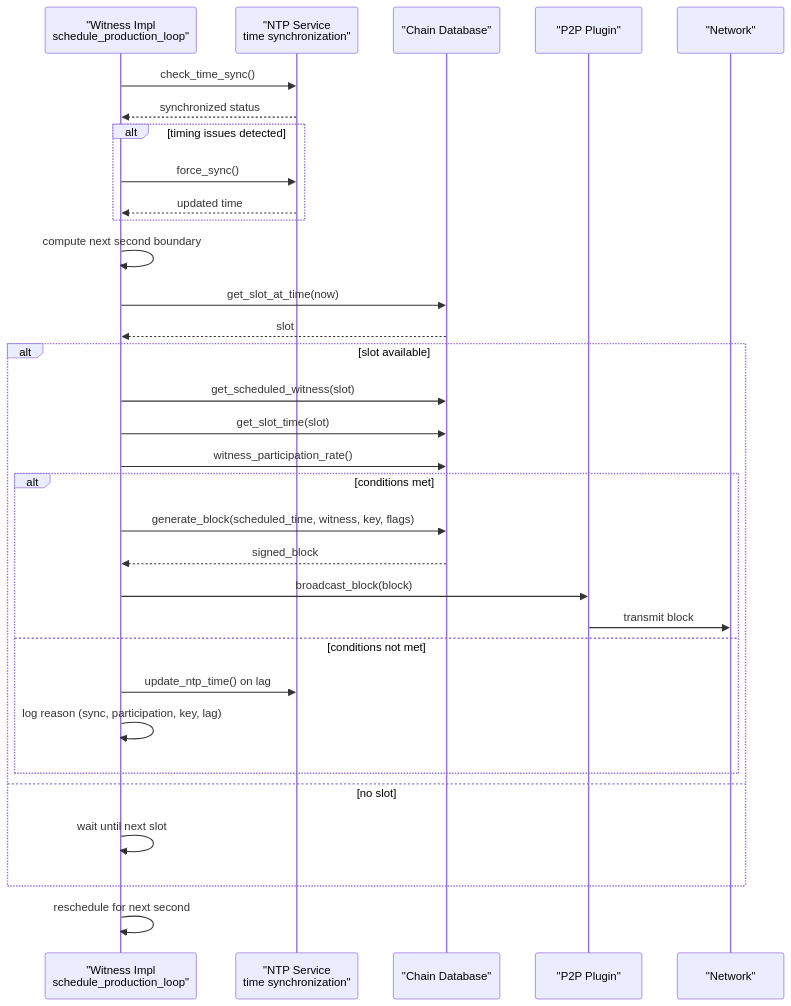
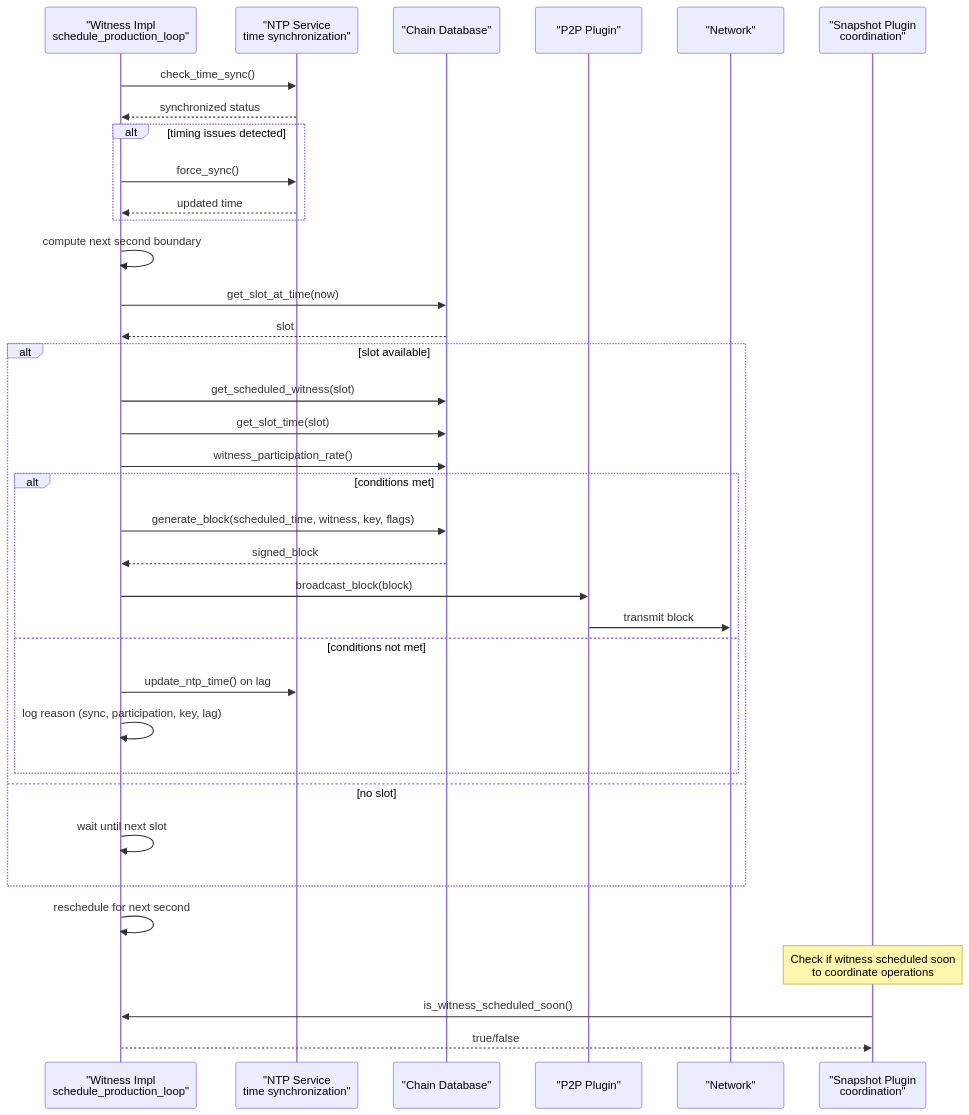
One commit to VIZ-Blockchain/viz-cpp-node changed the second of 6 diagrams in .qoder/repowiki/en/content/Witness.md. Above: the diagram before and after it, drawn with Mermaid. The commit also changed other lines of this file and 4 other files, not shown here.

````diff
--- a/.qoder/repowiki/en/content/Witness.md
+++ b/.qoder/repowiki/en/content/Witness.md
@@ -122,34 +130,38 @@
 ```mermaid
 sequenceDiagram
 participant Timer as "Witness Impl<br/>schedule_production_loop"
 participant NTP as "NTP Service<br/>time synchronization"
 participant DB as "Chain Database"
 participant P2P as "P2P Plugin"
 participant Net as "Network"
+participant Snapshot as "Snapshot Plugin<br/>coordination"
 Timer->>NTP : check_time_sync()
 NTP-->>Timer : synchronized status
 alt timing issues detected
 Timer->>NTP : force_sync()
 NTP-->>Timer : updated time
 end
 Timer->>Timer : compute next second boundary
 Timer->>DB : get_slot_at_time(now)
 DB-->>Timer : slot
 alt slot available
 Timer->>DB : get_scheduled_witness(slot)
 Timer->>DB : get_slot_time(slot)
 Timer->>DB : witness_participation_rate()
 alt conditions met
 Timer->>DB : generate_block(scheduled_time, witness, key, flags)
 DB-->>Timer : signed_block
 Timer->>P2P : broadcast_block(block)
 P2P->>Net : transmit block
 else conditions not met
 Timer->>NTP : update_ntp_time() on lag
 Timer->>Timer : log reason (sync, participation, key, lag)
 end
 else no slot
 Timer->>Timer : wait until next slot
 end
 Timer->>Timer : reschedule for next second
+Note over Snapshot : Check if witness scheduled soon<br/>to coordinate operations
+Snapshot->>Timer : is_witness_scheduled_soon()
+Timer-->>Snapshot : true/false
 ```
````
